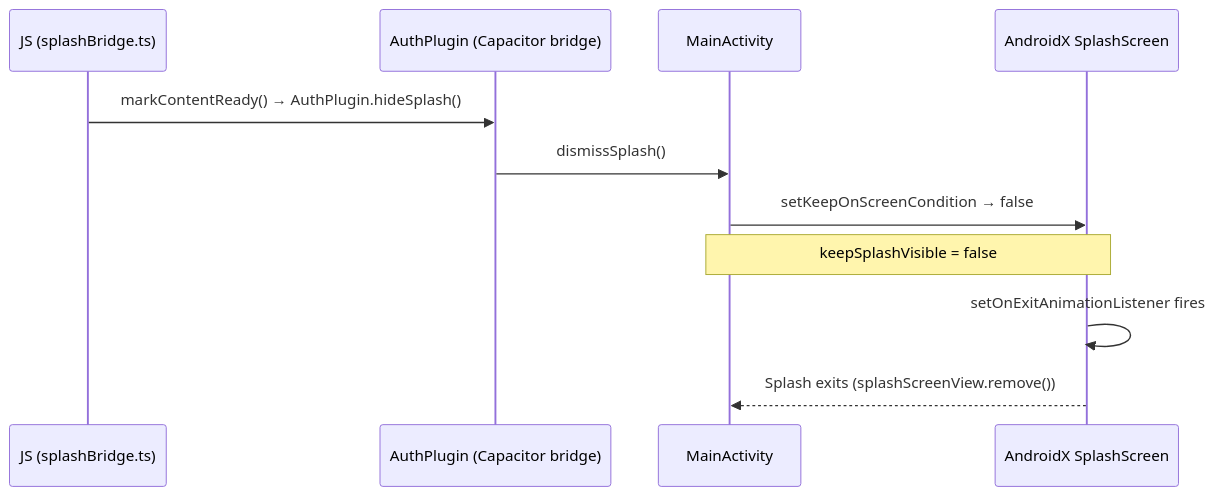
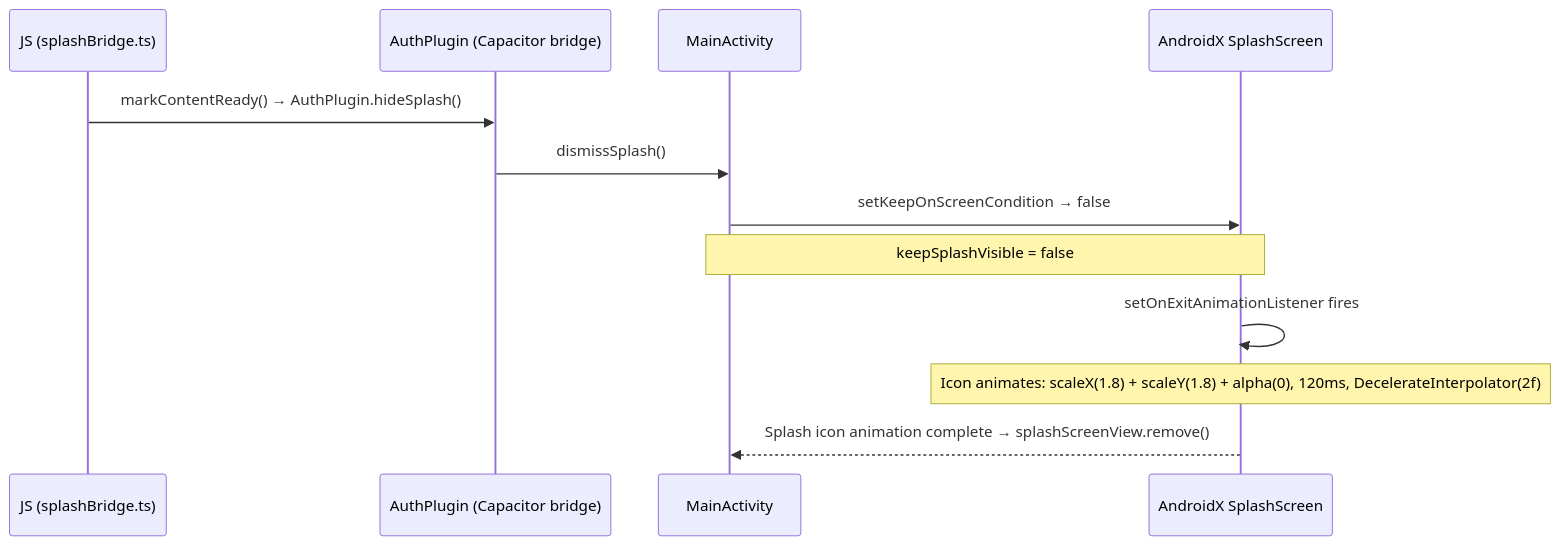
Before and after one commit to a1121611810/Pictelio: the second of 2 diagrams in openwiki/integrations/android-native.md, drawn with Mermaid. The commit also changed other lines of this file and 5 other files, not shown here.

````diff
--- a/openwiki/integrations/android-native.md
+++ b/openwiki/integrations/android-native.md
@@ -102,14 +102,15 @@
 ```mermaid
 sequenceDiagram
     participant JS as JS (splashBridge.ts)
     participant AP as AuthPlugin (Capacitor bridge)
     participant MA as MainActivity
     participant SS as AndroidX SplashScreen
 
     JS->>AP: markContentReady() → AuthPlugin.hideSplash()
     AP->>MA: dismissSplash()
     MA->>SS: setKeepOnScreenCondition → false
     Note over MA,SS: keepSplashVisible = false
     SS->>SS: setOnExitAnimationListener fires
-    SS-->>MA: Splash exits (splashScreenView.remove())
+    Note over SS: Icon animates: scaleX(1.8) + scaleY(1.8) + alpha(0), 120ms, DecelerateInterpolator(2f)
+    SS-->>MA: Splash icon animation complete → splashScreenView.remove()
 ```
````
